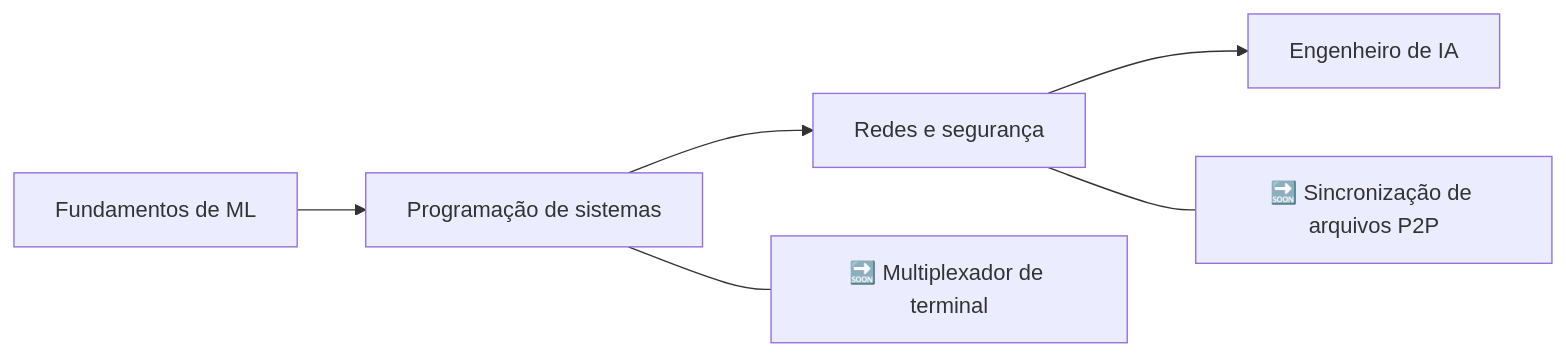
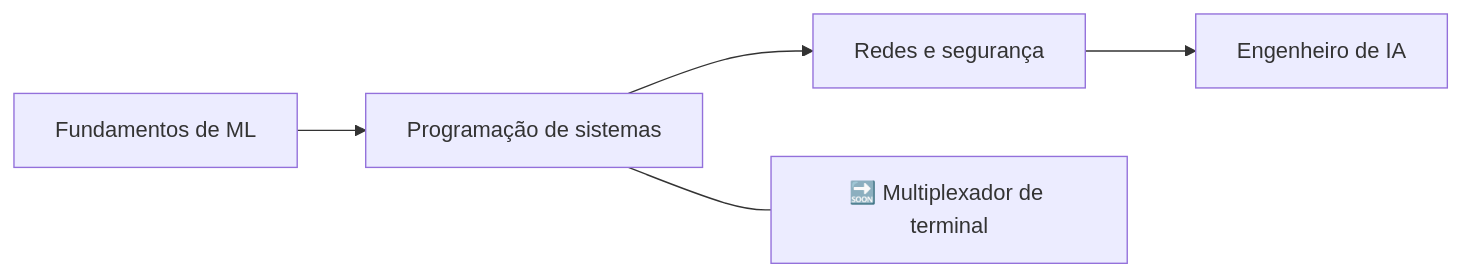
The diagram in README_pt.md (zuroking/zuroking), drawn with Mermaid before and after one commit. The commit also changed other lines of this file, not shown here.

````diff
--- a/README_pt.md
+++ b/README_pt.md
@@ -101,9 +102,8 @@
 ```mermaid
 flowchart LR
     A[Fundamentos de ML] --> B[Programação de sistemas]
     B --> C[Redes e segurança]
     C --> D[Engenheiro de IA]
 
     B --- B1[🔜 Multiplexador de terminal]
-    C --- C2[🔜 Sincronização de arquivos P2P]
 ```
````
